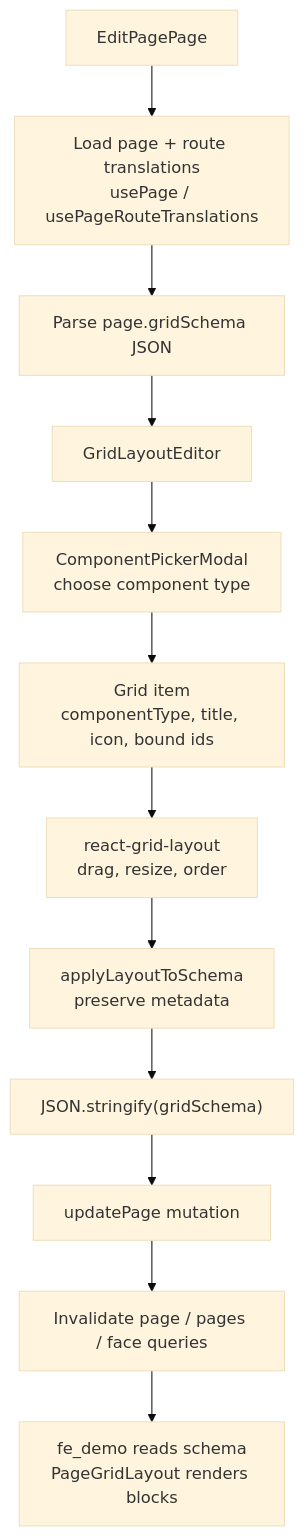
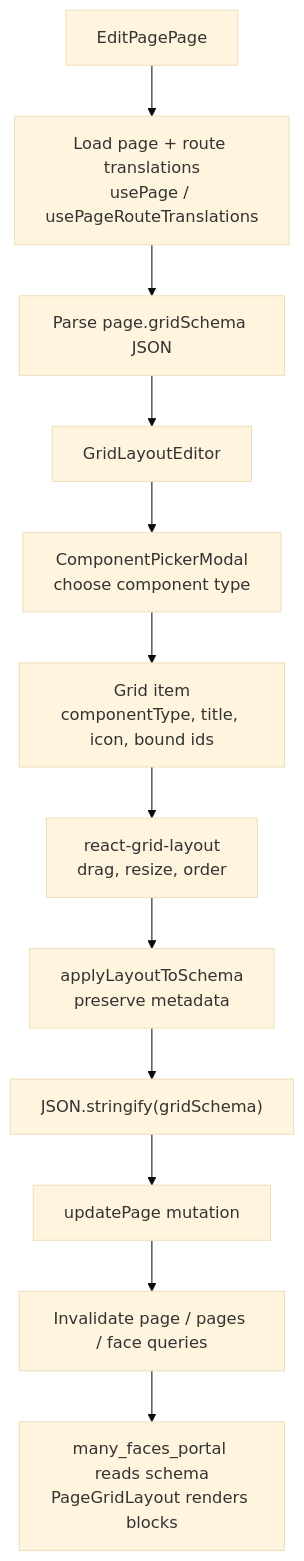
The fifth of 9 diagrams in README.md (01laky/mfai_demo), drawn with Mermaid (base theme) before and after one commit. The commit also changed other lines of this file and 16 other files, not shown here.

Commit message:
chore: many_faces naming, dev network, and docs sweep

````diff
--- a/README.md
+++ b/README.md
@@ -135,16 +135,16 @@
 ```mermaid
 flowchart TD
     editPage["EditPagePage"] --> load["Load page + route translations<br/>usePage / usePageRouteTranslations"]
     load --> parse["Parse page.gridSchema JSON"]
     parse --> editor["GridLayoutEditor"]
 
     editor --> picker["ComponentPickerModal<br/>choose component type"]
     picker --> item["Grid item<br/>componentType, title, icon, bound ids"]
     item --> layout["react-grid-layout<br/>drag, resize, order"]
     layout --> preserve["applyLayoutToSchema<br/>preserve metadata"]
 
     preserve --> serialize["JSON.stringify(gridSchema)"]
     serialize --> save["updatePage mutation"]
     save --> invalidate["Invalidate page / pages / face queries"]
-    invalidate --> frontend["fe_demo reads schema<br/>PageGridLayout renders blocks"]
+    invalidate --> frontend["many_faces_portal reads schema<br/>PageGridLayout renders blocks"]
 ```
````
